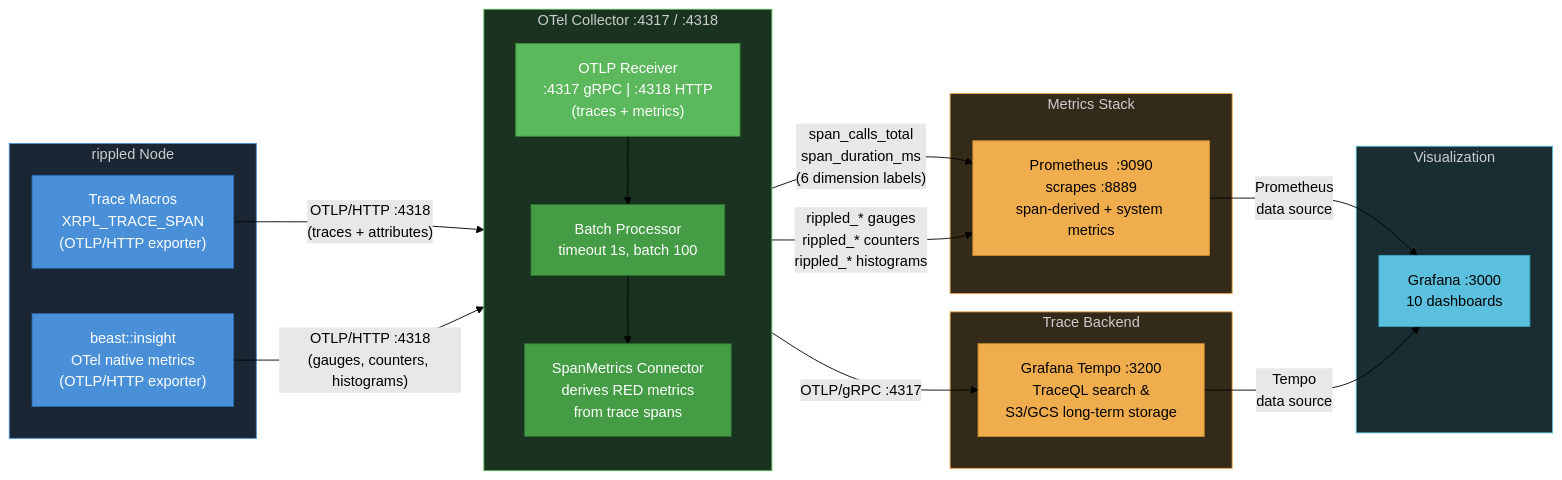
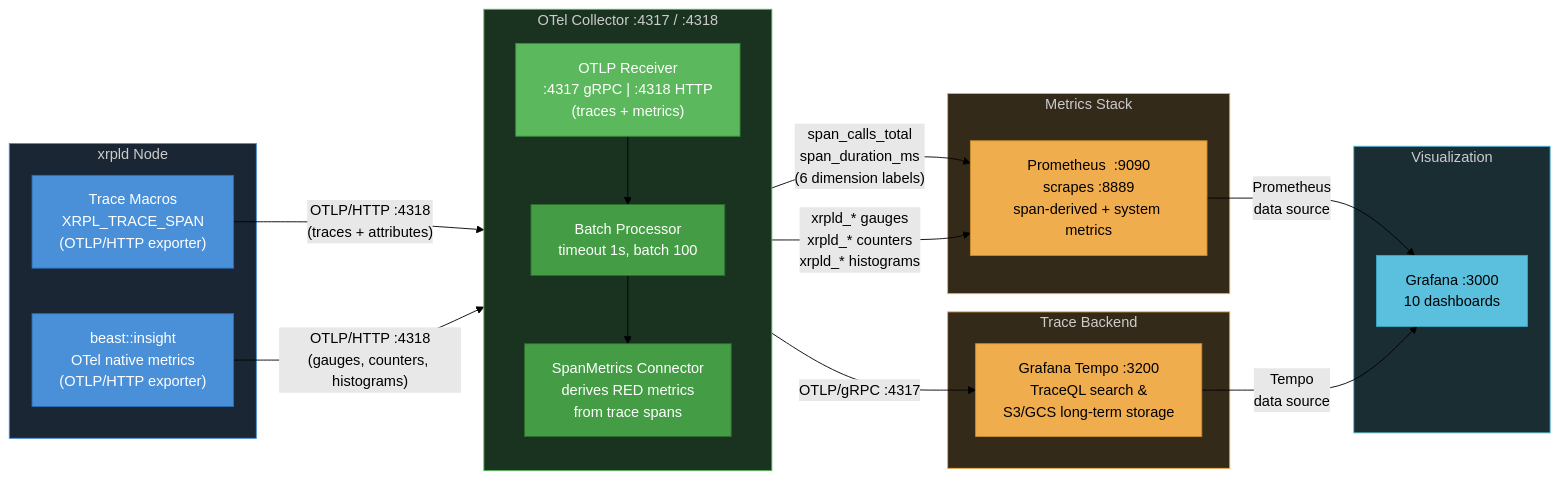
Before and after one commit to XRPLF/rippled: the diagram in OpenTelemetryPlan/09-data-collection-reference.md, drawn with Mermaid (forest theme). The commit also changed other lines of this file and 6 other files, not shown here.

````diff
--- a/OpenTelemetryPlan/09-data-collection-reference.md
+++ b/OpenTelemetryPlan/09-data-collection-reference.md
@@ -9,54 +9,54 @@
 ```mermaid
 graph LR
-    subgraph rippledNode["rippled Node"]
+    subgraph xrpldNode["xrpld Node"]
         A["Trace Macros<br/>XRPL_TRACE_SPAN<br/>(OTLP/HTTP exporter)"]
         B["beast::insight<br/>OTel native metrics<br/>(OTLP/HTTP exporter)"]
     end
 
     subgraph collector["OTel Collector  :4317 / :4318"]
         direction TB
         R1["OTLP Receiver<br/>:4317 gRPC  |  :4318 HTTP<br/>(traces + metrics)"]
         BP["Batch Processor<br/>timeout 1s, batch 100"]
         SM["SpanMetrics Connector<br/>derives RED metrics<br/>from trace spans"]
 
         R1 --> BP
         BP --> SM
     end
 
     subgraph backends["Trace Backend"]
         D["Grafana Tempo  :3200<br/>TraceQL search &<br/>S3/GCS long-term storage"]
     end
 
     subgraph metrics["Metrics Stack"]
         E["Prometheus  :9090<br/>scrapes :8889<br/>span-derived + system metrics"]
     end
 
     subgraph viz["Visualization"]
         F["Grafana  :3000<br/>10 dashboards"]
     end
 
     A -->|"OTLP/HTTP :4318<br/>(traces + attributes)"| R1
     B -->|"OTLP/HTTP :4318<br/>(gauges, counters, histograms)"| R1
 
     BP -->|"OTLP/gRPC :4317"| D
 
     SM -->|"span_calls_total<br/>span_duration_ms<br/>(6 dimension labels)"| E
-    R1 -->|"rippled_* gauges<br/>rippled_* counters<br/>rippled_* histograms"| E
+    R1 -->|"xrpld_* gauges<br/>xrpld_* counters<br/>xrpld_* histograms"| E
 
     E -->|"Prometheus<br/>data source"| F
     D -->|"Tempo<br/>data source"| F
 
     style A fill:#4a90d9,color:#fff,stroke:#2a6db5
     style B fill:#4a90d9,color:#fff,stroke:#2a6db5
     style R1 fill:#5cb85c,color:#fff,stroke:#3d8b3d
     style BP fill:#449d44,color:#fff,stroke:#2d6e2d
     style SM fill:#449d44,color:#fff,stroke:#2d6e2d
     style D fill:#f0ad4e,color:#000,stroke:#c78c2e
     style E fill:#f0ad4e,color:#000,stroke:#c78c2e
     style F fill:#5bc0de,color:#000,stroke:#3aa8c1
-    style rippledNode fill:#1a2633,color:#ccc,stroke:#4a90d9
+    style xrpldNode fill:#1a2633,color:#ccc,stroke:#4a90d9
     style collector fill:#1a3320,color:#ccc,stroke:#5cb85c
     style backends fill:#332a1a,color:#ccc,stroke:#f0ad4e
     style metrics fill:#332a1a,color:#ccc,stroke:#f0ad4e
     style viz fill:#1a2d33,color:#ccc,stroke:#5bc0de
 ```
````
